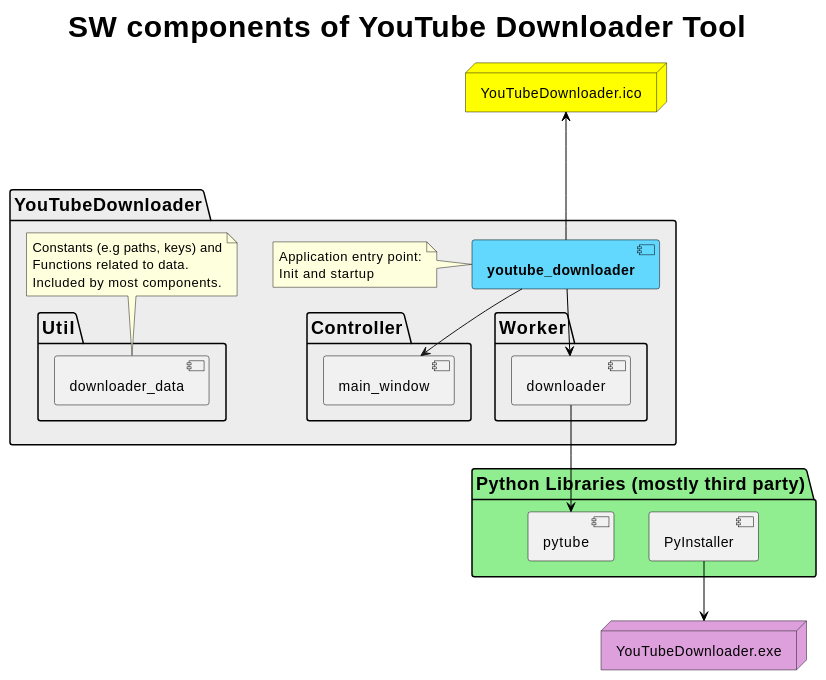
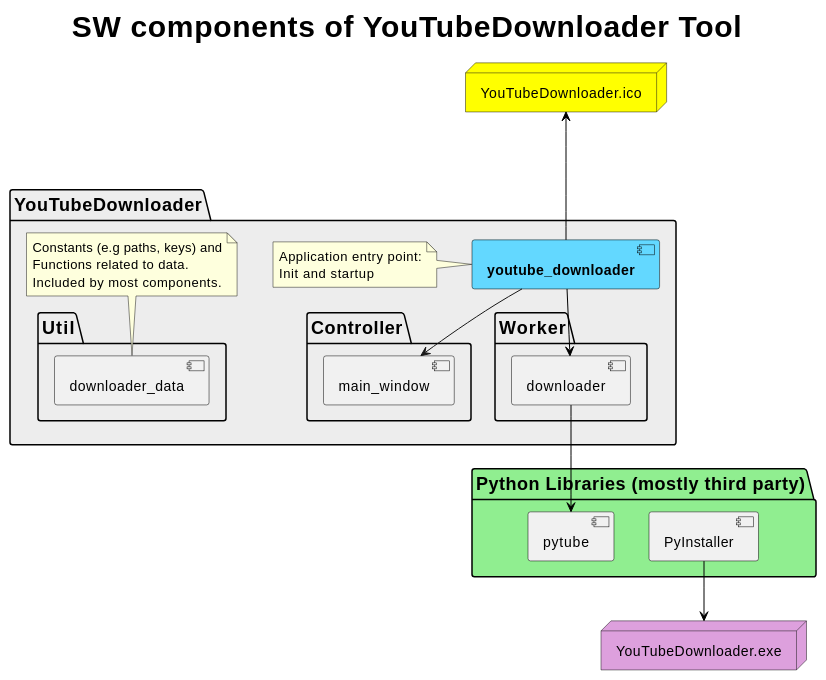
One commit to timounger/YouTubeDownloader changed the diagram in CONTRIBUTING.md. Above: the diagram before and after it, drawn with PlantUML. The commit also changed other lines of this file and 38 other files, not shown here.

```diff
--- a/CONTRIBUTING.md
+++ b/CONTRIBUTING.md
@@ -12,50 +12,50 @@
 @startuml cdYouTubeDownloaderSWComponents
 skinparam titleFontSize 30
 skinparam titleFontStyle bold
 skinparam packageBorderColor black
 skinparam packageFontSize 18
 skinparam groupFontStyle bold
 skinparam componentBorderColor black
 skinparam interfaceBorderColor black
 skinparam CollectionsBorderColor black
 
-title SW components of YouTube Downloader Tool
+title SW components of YouTubeDownloader Tool
 
 node "YouTubeDownloader.ico" as icon #yellow
 
 package "YouTubeDownloader" as YtDl #ededed {
   component "**youtube_downloader**" as youtube_downloader #63d8ff
   note left of youtube_downloader
     Application entry point:
     Init and startup
   end note
   package "Controller" as controller {
     [main_window]
   }
   package "Util" as util {
     [downloader_data] as data
   }
   note top of data
     Constants (e.g paths, keys) and
     Functions related to data.
     Included by most components.
   end note
   package "Worker" {
     [downloader]
   }
   [youtube_downloader] -d-> [main_window]
   [youtube_downloader] -[#black]u--> icon
 }
 
 node "YouTubeDownloader.exe" #plum
 
 package "Python Libraries (mostly third party)" #lightgreen {
  [PyInstaller]
  [pytube]
 }
 
 [youtube_downloader] -[#black]-> [downloader]
 [downloader] -[#black]-> [pytube]
 [PyInstaller] -[#black]d-> YouTubeDownloader.exe
 
 @enduml
```
